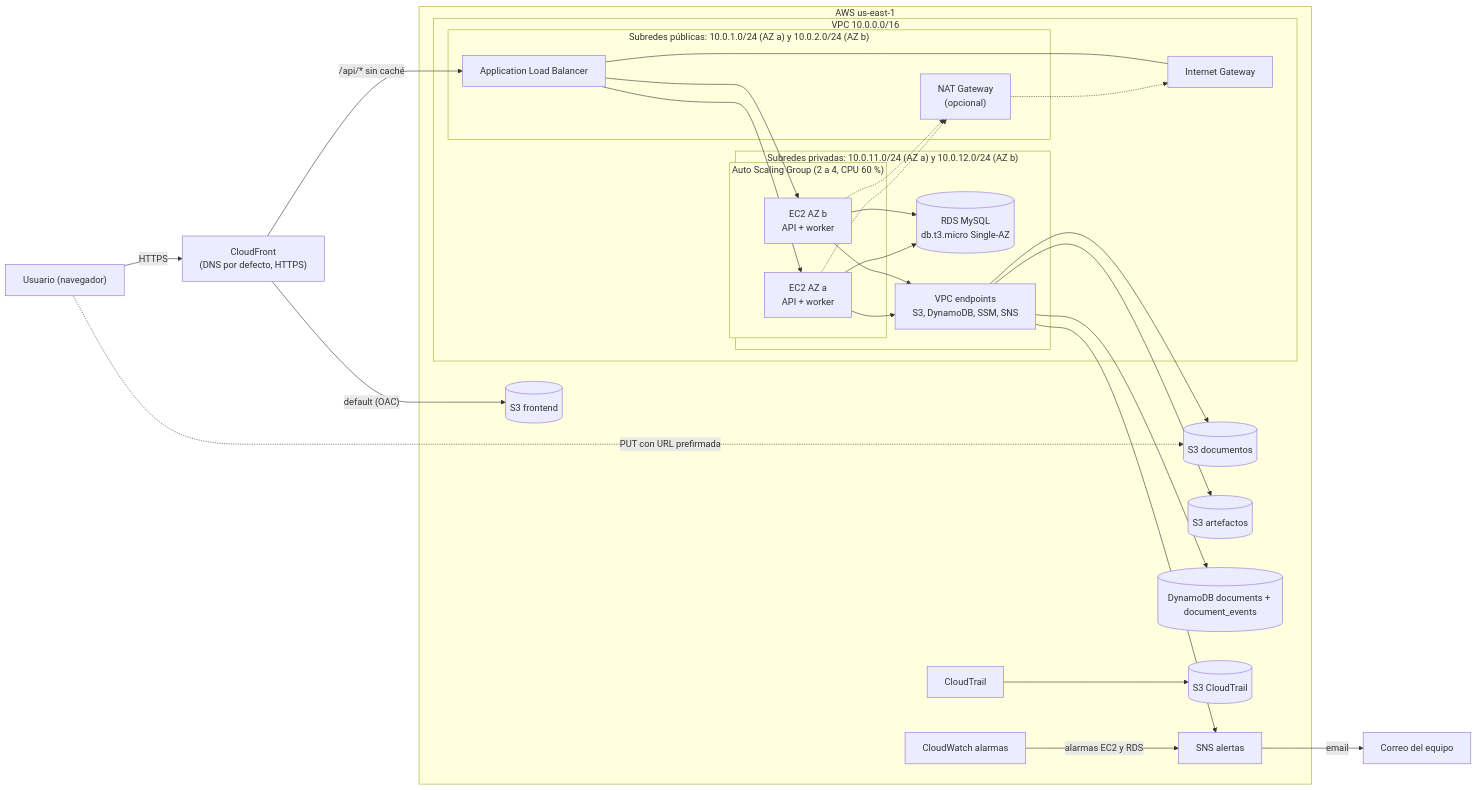
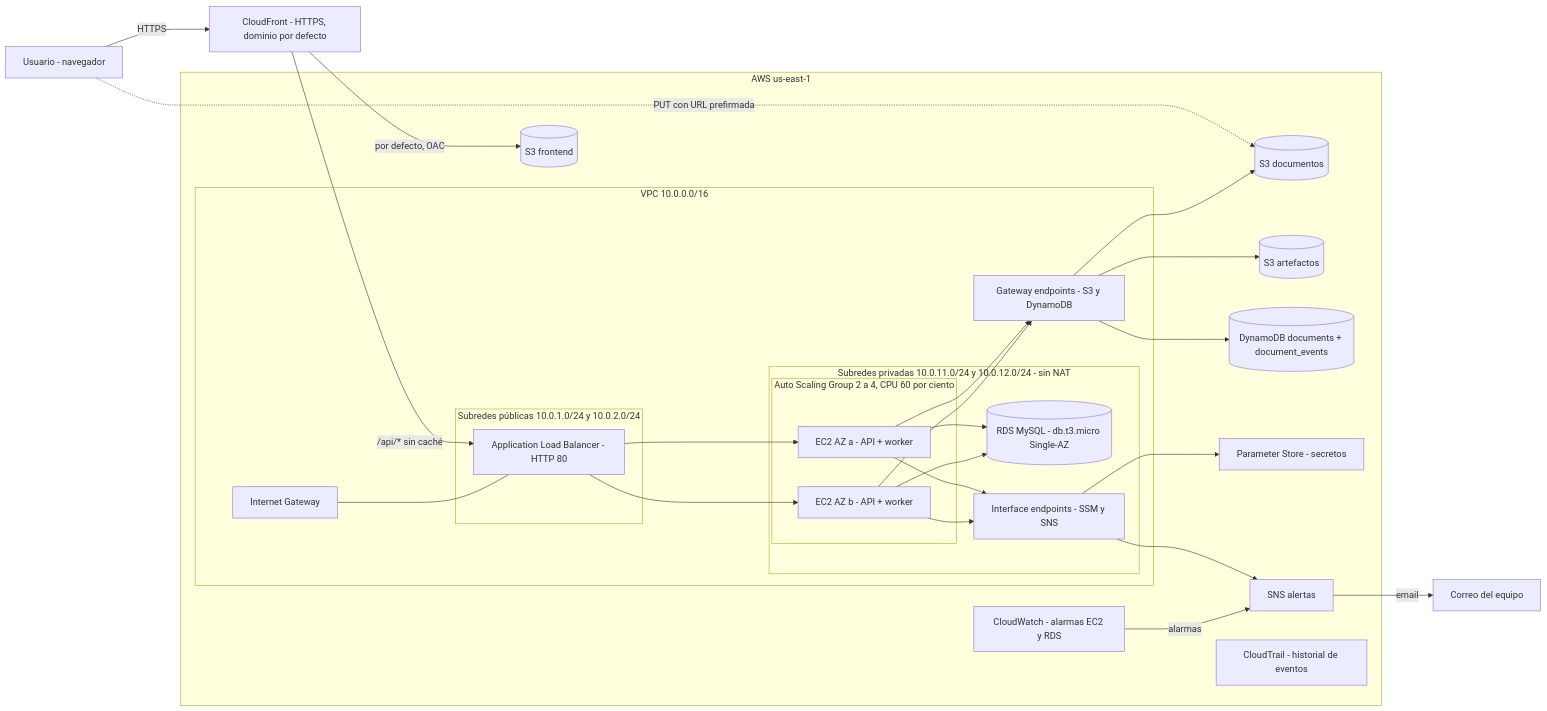
Before and after one commit to Alejandroperezgarc1a/docuprocess-cloud: the diagram in README.md, drawn with Mermaid. The commit also changed other lines of this file and 1 other file, not shown here.

Commit message:
docs(B11): diagrama detallado, flujo de un documento y permisos en architecture.md
- Diagrama de componentes con CIDR, security groups, endpoints y monitoreo.
- Diagrama de secuencia del flujo de un documento (alta, subida, worker, consulta).
- Inventario de componentes, permisos de la app y restricciones del Sandbox.
- README: diagrama corregido (sin NAT ni bucket de CloudTrail) y enlace al detalle.

````diff
--- a/README.md
+++ b/README.md
@@ -9,49 +9,55 @@
 ```mermaid
 flowchart LR
-    user["Usuario (navegador)"]
+    user["Usuario - navegador"]
     mail["Correo del equipo"]
 
-    cf["CloudFront<br/>(DNS por defecto, HTTPS)"]
+    cf["CloudFront - HTTPS, dominio por defecto"]
 
     subgraph region["AWS us-east-1"]
         subgraph vpc["VPC 10.0.0.0/16"]
             igw["Internet Gateway"]
-            subgraph pub["Subredes públicas: 10.0.1.0/24 (AZ a) y 10.0.2.0/24 (AZ b)"]
-                alb["Application Load Balancer"]
-                nat["NAT Gateway<br/>(opcional)"]
+            subgraph pub["Subredes públicas 10.0.1.0/24 y 10.0.2.0/24"]
+                alb["Application Load Balancer - HTTP 80"]
             end
-            subgraph priv["Subredes privadas: 10.0.11.0/24 (AZ a) y 10.0.12.0/24 (AZ b)"]
-                subgraph asg["Auto Scaling Group (2 a 4, CPU 60 %)"]
-                    ec2a["EC2 AZ a<br/>API + worker"]
-                    ec2b["EC2 AZ b<br/>API + worker"]
+            subgraph priv["Subredes privadas 10.0.11.0/24 y 10.0.12.0/24 - sin NAT"]
+                subgraph asg["Auto Scaling Group 2 a 4, CPU 60 por ciento"]
+                    ec2a["EC2 AZ a - API + worker"]
+                    ec2b["EC2 AZ b - API + worker"]
                 end
-                rds[("RDS MySQL<br/>db.t3.micro Single-AZ")]
-                vpce["VPC endpoints<br/>S3, DynamoDB, SSM, SNS"]
+                rds[("RDS MySQL - db.t3.micro Single-AZ")]
+                ifep["Interface endpoints - SSM y SNS"]
             end
+            gwep["Gateway endpoints - S3 y DynamoDB"]
         end
 
         s3front[("S3 frontend")]
         s3docs[("S3 documentos")]
         s3art[("S3 artefactos")]
         ddb[("DynamoDB documents + document_events")]
+        ssm["Parameter Store - secretos"]
         sns["SNS alertas"]
-        cw["CloudWatch alarmas"]
-        trail["CloudTrail"]
-        s3trail[("S3 CloudTrail")]
+        cw["CloudWatch - alarmas EC2 y RDS"]
+        trail["CloudTrail - historial de eventos"]
     end
 
-    user -->|HTTPS| cf
-    cf -->|"default (OAC)"| s3front
+    user -->|"HTTPS"| cf
+    cf -->|"por defecto, OAC"| s3front
     cf -->|"/api/* sin caché"| alb
     user -.->|"PUT con URL prefirmada"| s3docs
     igw --- alb
-    alb --> ec2a & ec2b
-    ec2a & ec2b --> rds
-    ec2a & ec2b --> vpce
-    vpce --> s3docs & ddb & sns & s3art
-    ec2a & ec2b -.-> nat
-    nat -.-> igw
-    cw -->|alarmas EC2 y RDS| sns
-    sns -->|email| mail
-    trail --> s3trail
+    alb --> ec2a
+    alb --> ec2b
+    ec2a --> rds
+    ec2b --> rds
+    ec2a --> gwep
+    ec2b --> gwep
+    ec2a --> ifep
+    ec2b --> ifep
+    gwep --> s3docs
+    gwep --> s3art
+    gwep --> ddb
+    ifep --> ssm
+    ifep --> sns
+    cw -->|"alarmas"| sns
+    sns -->|"email"| mail
 ```
````
